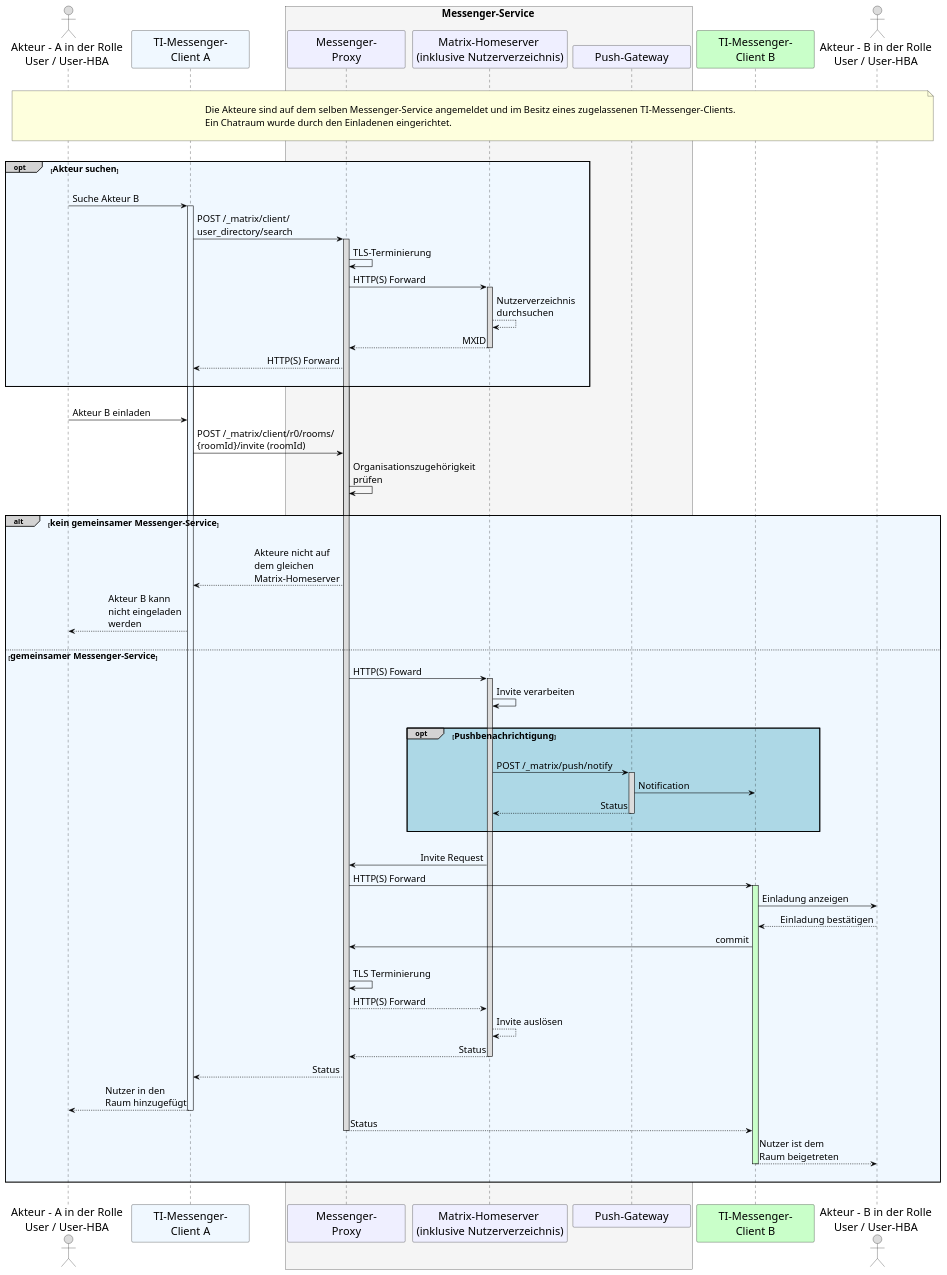
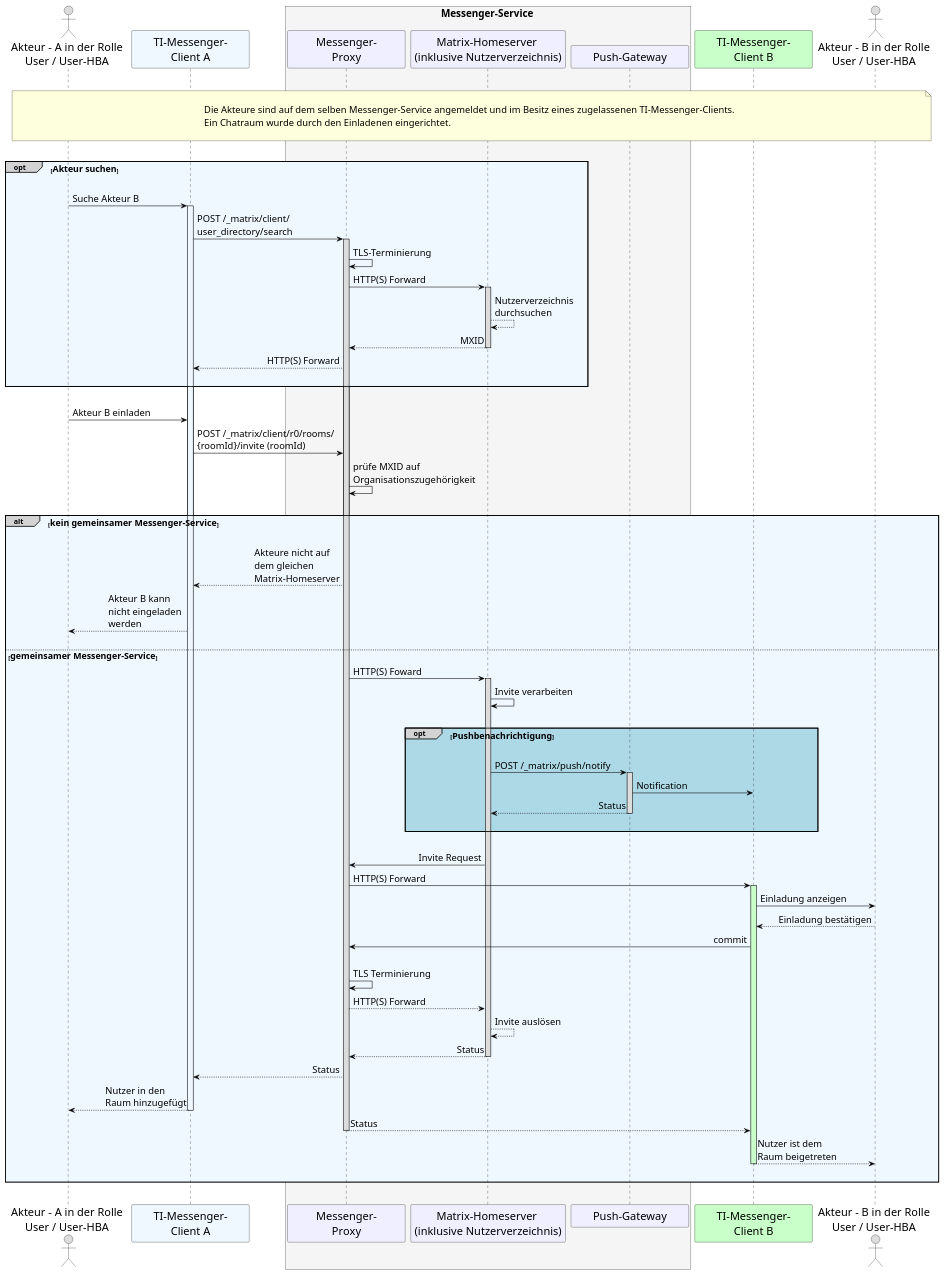
Before and after one commit to gematik/api-ti-messenger: the diagram in src/plantuml/TI-Messenger-Dienst/Ressourcen/UC_10104_Seq.puml, drawn with PlantUML.

```diff
--- a/src/plantuml/TI-Messenger-Dienst/Ressourcen/UC_10104_Seq.puml
+++ b/src/plantuml/TI-Messenger-Dienst/Ressourcen/UC_10104_Seq.puml
@@ -9,109 +9,109 @@
 @startuml
 skinparam sequenceMessageAlign direction
 skinparam minClassWidth 200
 skinparam BoxPadding 1
 skinparam sequenceReferenceHeaderBackgroundColor palegreen
 scale max 2048 width
 
 skinparam sequence {
 ArrowColor black
 ArrowFontSize 17
 ActorBorderColor black
 LifeLineBorderColor black
 LifeLineBackgroundColor Gainsboro
 
 ParticipantBorderColor Motivation
 ParticipantBackgroundColor Motivation
 ParticipantFontName Impact
 ParticipantFontSize 20
 ParticipantFontColor black
 ParticipantBorderColor Black
 ParticipantBackgroundColor MOTIVATION
 
 ActorBackgroundColor Gainsboro
 ActorFontColor black
 ActorFontSize 20
 ActorFontName Aapex
 }
     actor U1 as "Akteur - A in der Rolle\nUser / User-HBA"
     participant C1 as "TI-Messenger-\nClient A" #AliceBlue
     box <size:18>Messenger-Service</size> #WhiteSmoke
       participant MP as "Messenger-\nProxy"
       participant MH as "Matrix-Homeserver \n(inklusive Nutzerverzeichnis)"
       participant PG as "Push-Gateway"
     end box
     participant C2 as "TI-Messenger-\nClient B"#TECHNOLOGY
     actor U2 as "Akteur - B in der Rolle\nUser / User-HBA"
     
 |||
 note over U1, U2: \n<size:17>Die Akteure sind auf dem selben Messenger-Service angemeldet und im Besitz eines zugelassenen TI-Messenger-Clients.\n<size:17>Ein Chatraum wurde durch den Einladenen eingerichtet.</size>\n
 |||
 
     opt#LightGrey #AliceBlue <size:16>Akteur suchen</size>
     |||
     U1->C1: Suche Akteur B
       activate C1 #AliceBlue
     C1->MP: POST /_matrix/client/\nuser_directory/search
       activate MP
     MP->MP: TLS-Terminierung
     MP->MH: HTTP(S) Forward
       activate MH
     MH-->MH: Nutzerverzeichnis \ndurchsuchen
     MH-->MP: MXID
       deactivate MH
     MP-->C1: HTTP(S) Forward
     |||
     end
     
     |||
     U1->C1: Akteur B einladen
     C1->MP: POST /_matrix/client/r0/rooms/\n{roomId}/invite (roomId)
-    MP->MP: Organisationszugehörigkeit \nprüfen
+    MP->MP: prüfe MXID auf \nOrganisationszugehörigkeit
     |||
     
     alt#LightGrey #AliceBlue <size:16>kein gemeinsamer Messenger-Service</size>
       |||
       MP-->C1: Akteure nicht auf \ndem gleichen \nMatrix-Homeserver
       C1-->U1: Akteur B kann \nnicht eingeladen \nwerden
       |||
     
       else <size:16>gemeinsamer Messenger-Service</size>
     
       MP->MH: HTTP(S) Foward
         activate MH
       MH->MH: Invite verarbeiten
       |||
         opt#LightGrey #LightBlue <size:16>Pushbenachrichtigung</size>
           |||
           MH->PG: POST /_matrix/push/notify
             activate PG
           PG->C2: Notification
           PG-->MH: Status
             deactivate PG
         |||
         end
         |||
           MH->MP: Invite Request
           MP->C2: HTTP(S) Forward
             activate C2 #TECHNOLOGY
           C2->U2: Einladung anzeigen
           U2-->C2: Einladung bestätigen
           C2->MP: commit
           |||
           MP->MP: TLS Terminierung
           MP-->MH: HTTP(S) Forward
           MH-->MH: Invite auslösen
           MH-->MP: Status
             deactivate MH
           MP-->C1: Status
           C1-->U1: Nutzer in den \nRaum hinzugefügt
             deactivate C1
           MP-->C2: Status
             deactivate MP
           C2-->U2: Nutzer ist dem \nRaum beigetreten
             deactivate C2
 
         |||
         end
  |||
 @enduml
```
